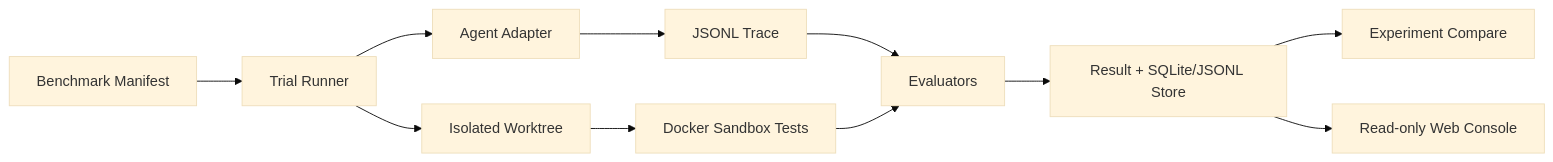
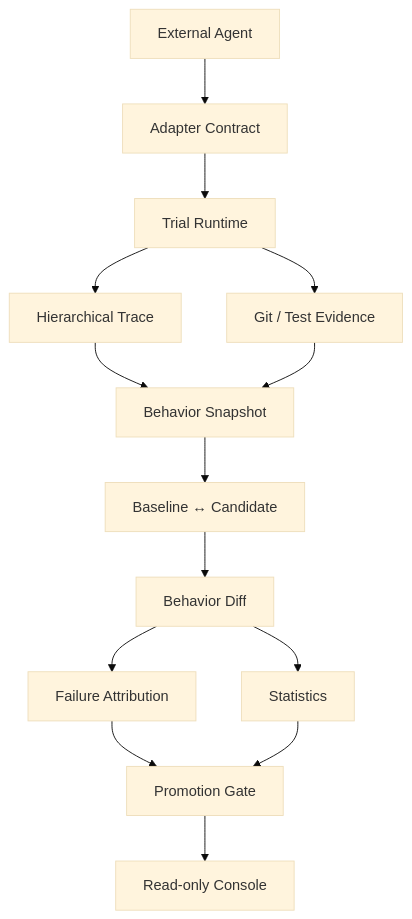
Before and after one commit to Zsyyyyyyyy/agent-observability-and-evaluation-platform: the diagram in README.md, drawn with Mermaid (base theme). The commit also changed other lines of this file and 62 other files, not shown here.

````diff
--- a/README.md
+++ b/README.md
@@ -24,13 +7,16 @@
 ```mermaid
-flowchart LR
-  M[Benchmark Manifest] --> R[Trial Runner]
-  R --> W[Isolated Worktree]
-  R --> A[Agent Adapter]
-  A --> T[JSONL Trace]
-  W --> S[Docker Sandbox Tests]
-  T --> E[Evaluators]
-  S --> E
-  E --> O[Result + SQLite/JSONL Store]
-  O --> X[Experiment Compare]
-  O --> C[Read-only Web Console]
+flowchart TD
+    A[External Agent] --> B[Adapter Contract]
+    B --> C[Trial Runtime]
+    C --> D[Hierarchical Trace]
+    C --> E[Git / Test Evidence]
+    D --> F[Behavior Snapshot]
+    E --> F
+    F --> G[Baseline ↔ Candidate]
+    G --> H[Behavior Diff]
+    H --> I[Failure Attribution]
+    H --> J[Statistics]
+    I --> K[Promotion Gate]
+    J --> K
+    K --> L[Read-only Console]
 ```
````
